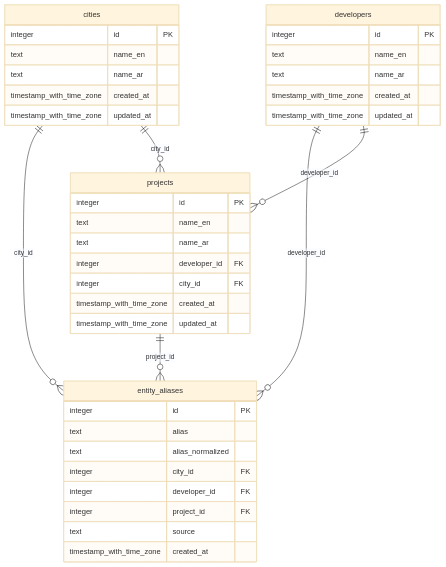
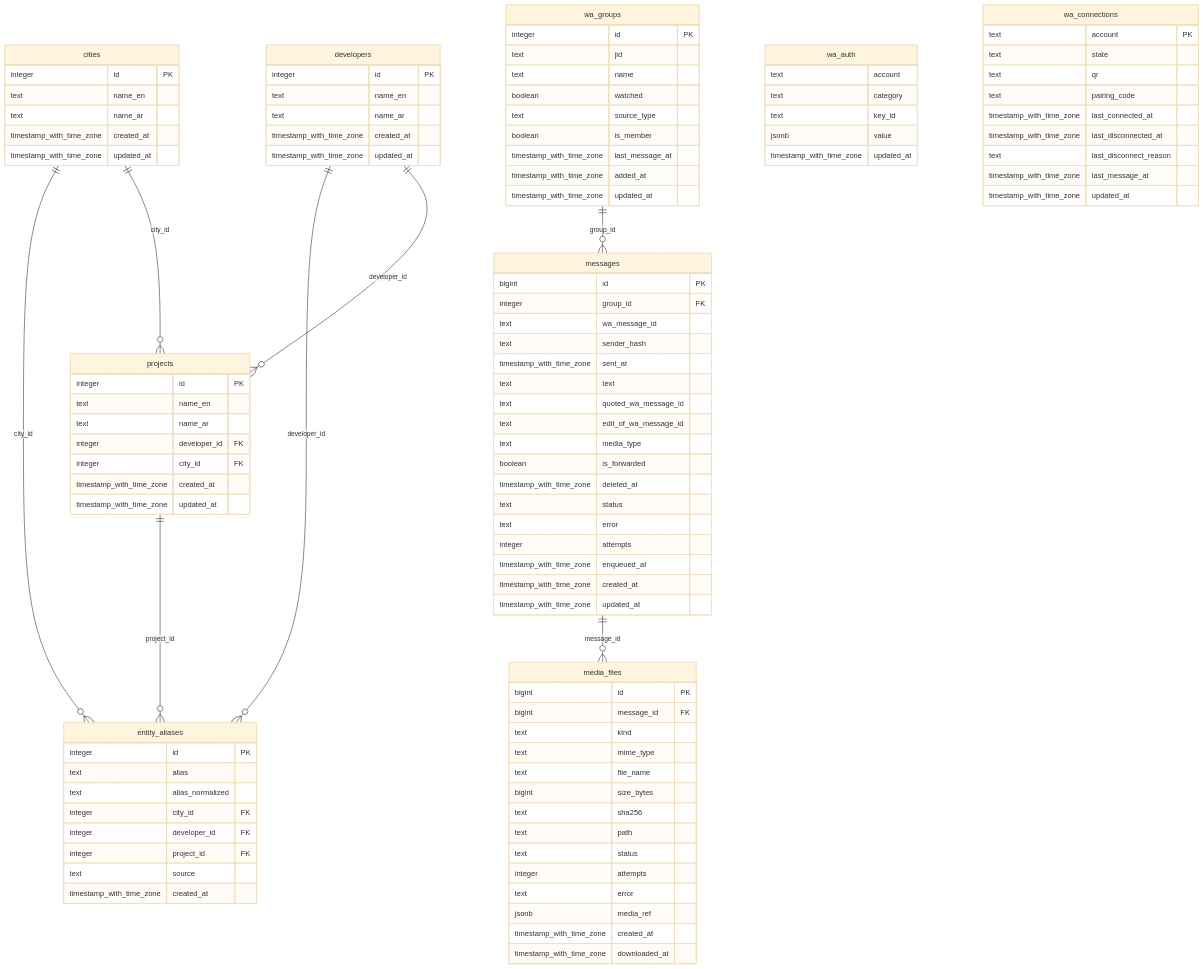
Before and after one commit to Xesame/WhatsApp_ChatBot: the diagram in docs/generated/database.md, drawn with Mermaid (base theme). The commit also changed other lines of this file and 9 other files, not shown here.

````diff
--- a/docs/generated/database.md
+++ b/docs/generated/database.md
@@ -7,6 +7,8 @@
   cities ||--o{ entity_aliases : "city_id"
   developers ||--o{ entity_aliases : "developer_id"
   projects ||--o{ entity_aliases : "project_id"
+  messages ||--o{ media_files : "message_id"
+  wa_groups ||--o{ messages : "group_id"
   developers ||--o{ projects : "developer_id"
   cities ||--o{ projects : "city_id"
   cities {
@@ -33,6 +35,41 @@
     text source
     timestamp_with_time_zone created_at
   }
+  media_files {
+    bigint id PK
+    bigint message_id FK
+    text kind
+    text mime_type
+    text file_name
+    bigint size_bytes
+    text sha256
+    text path
+    text status
+    integer attempts
+    text error
+    jsonb media_ref
+    timestamp_with_time_zone created_at
+    timestamp_with_time_zone downloaded_at
+  }
+  messages {
+    bigint id PK
+    integer group_id FK
+    text wa_message_id
+    text sender_hash
+    timestamp_with_time_zone sent_at
+    text text
+    text quoted_wa_message_id
+    text edit_of_wa_message_id
+    text media_type
+    boolean is_forwarded
+    timestamp_with_time_zone deleted_at
+    text status
+    text error
+    integer attempts
+    timestamp_with_time_zone enqueued_at
+    timestamp_with_time_zone created_at
+    timestamp_with_time_zone updated_at
+  }
   projects {
     integer id PK
     text name_en
@@ -42,4 +79,33 @@
     timestamp_with_time_zone created_at
     timestamp_with_time_zone updated_at
   }
+  wa_auth {
+    text account
+    text category
+    text key_id
+    jsonb value
+    timestamp_with_time_zone updated_at
+  }
+  wa_connections {
+    text account PK
+    text state
+    text qr
+    text pairing_code
+    timestamp_with_time_zone last_connected_at
+    timestamp_with_time_zone last_disconnected_at
+    text last_disconnect_reason
+    timestamp_with_time_zone last_message_at
+    timestamp_with_time_zone updated_at
+  }
+  wa_groups {
+    integer id PK
+    text jid
+    text name
+    boolean watched
+    text source_type
+    boolean is_member
+    timestamp_with_time_zone last_message_at
+    timestamp_with_time_zone added_at
+    timestamp_with_time_zone updated_at
+  }
 ```
````
